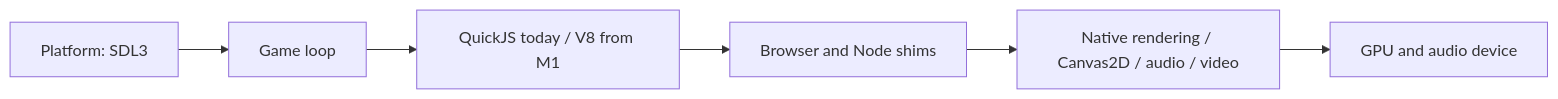
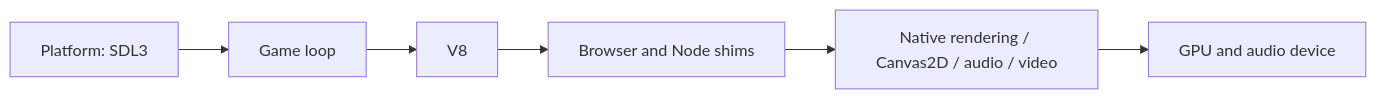
One commit to myonendy/smzuggler changed the diagram in ARCHITECTURE.md. Above: the diagram before and after it, drawn with Mermaid. The commit also changed other lines of this file and 62 other files, not shown here.

````diff
--- a/ARCHITECTURE.md
+++ b/ARCHITECTURE.md
@@ -23,8 +24,8 @@
 ```mermaid
 flowchart LR
     P[Platform: SDL3] --> L[Game loop]
-    L --> J[QuickJS today / V8 from M1]
+    L --> J[V8]
     J --> S[Browser and Node shims]
     S --> N[Native rendering / Canvas2D / audio / video]
     N --> D[GPU and audio device]
 ```
````
